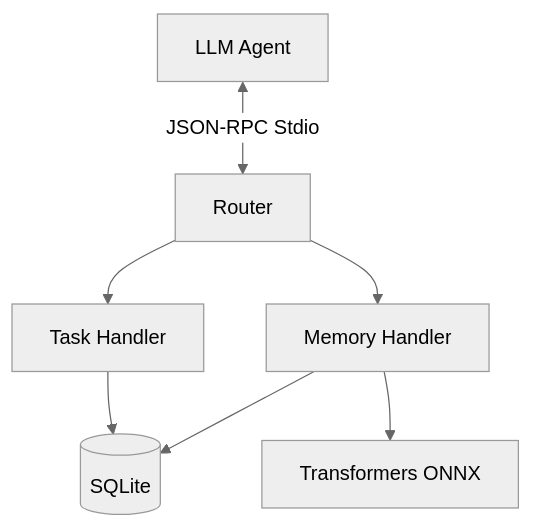
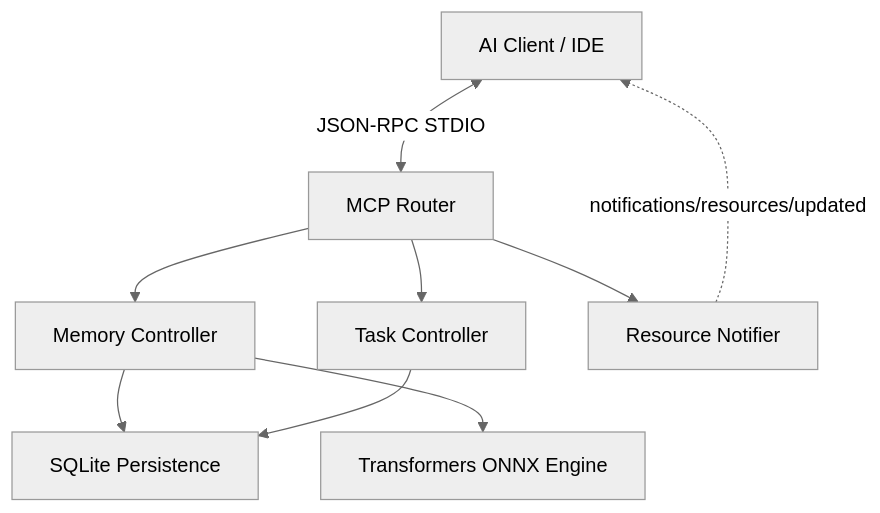
Before and after one commit to vheins/local-memory-mcp: the diagram in .agents/documents/application/modules/mcp-server/overview.md, drawn with Mermaid (neutral theme). The commit also changed other lines of this file and 3 other files, not shown here.

````diff
--- a/.agents/documents/application/modules/mcp-server/overview.md
+++ b/.agents/documents/application/modules/mcp-server/overview.md
@@ -11,9 +13,11 @@
 ```mermaid
 graph TD
-    A[LLM Agent] <-->|JSON-RPC Stdio| B[Router]
-    B --> C[Memory Handler]
-    B --> D[Task Handler]
-    C --> E[(SQLite)]
+    A[AI Client / IDE] <-->|JSON-RPC STDIO| B[MCP Router]
+    B --> C[Memory Controller]
+    B --> D[Task Controller]
+    C --> E[SQLite Persistence]
     D --> E
-    C --> F[Transformers ONNX]
+    C --> F[Transformers ONNX Engine]
+    B --> G[Resource Notifier]
+    G -.->|notifications/resources/updated| A
 ```
````
